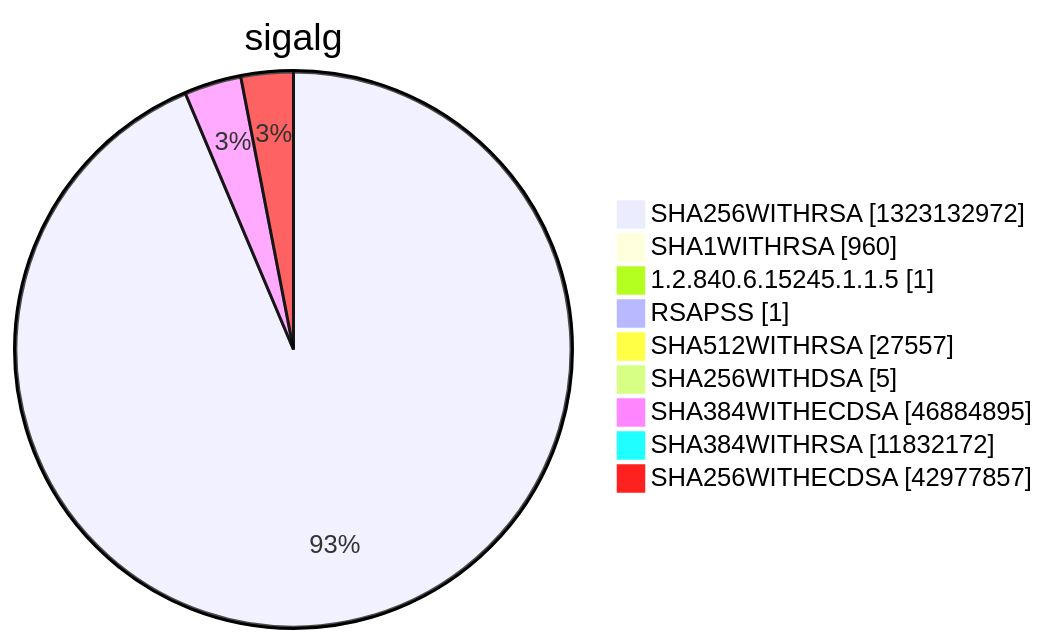
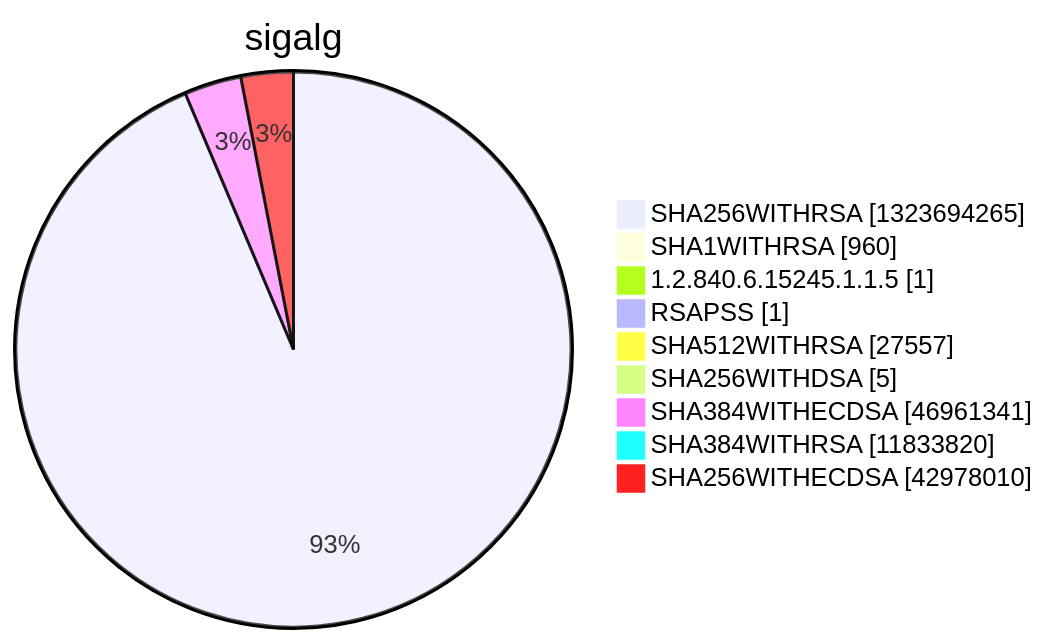
Diagram 15 of 15 in argon2022/README.md (christiankrug/ctmonitor_visualization), drawn with Mermaid before and after one commit. The commit also changed other lines of this file, not shown here.

````diff
--- a/argon2022/README.md
+++ b/argon2022/README.md
@@ -5524,13 +5524,13 @@
 ```mermaid
 pie showData
 title sigalg
-"SHA256WITHRSA" :1323132972
+"SHA256WITHRSA" :1323694265
 "SHA1WITHRSA" :960
 "1.2.840.6.15245.1.1.5" :1
 "RSAPSS" :1
 "SHA512WITHRSA" :27557
 "SHA256WITHDSA" :5
-"SHA384WITHECDSA" :46884895
-"SHA384WITHRSA" :11832172
-"SHA256WITHECDSA" :42977857
+"SHA384WITHECDSA" :46961341
+"SHA384WITHRSA" :11833820
+"SHA256WITHECDSA" :42978010
 ```
````
